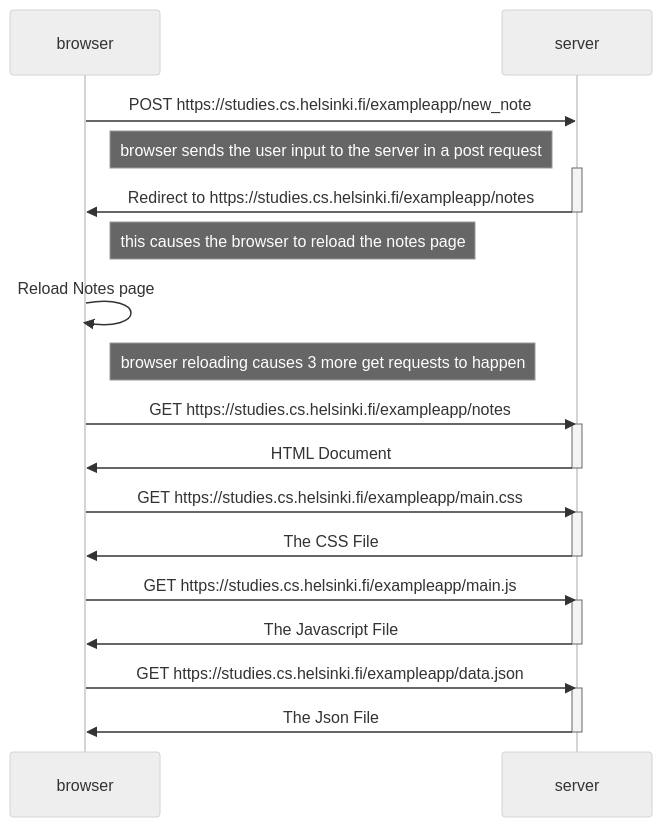
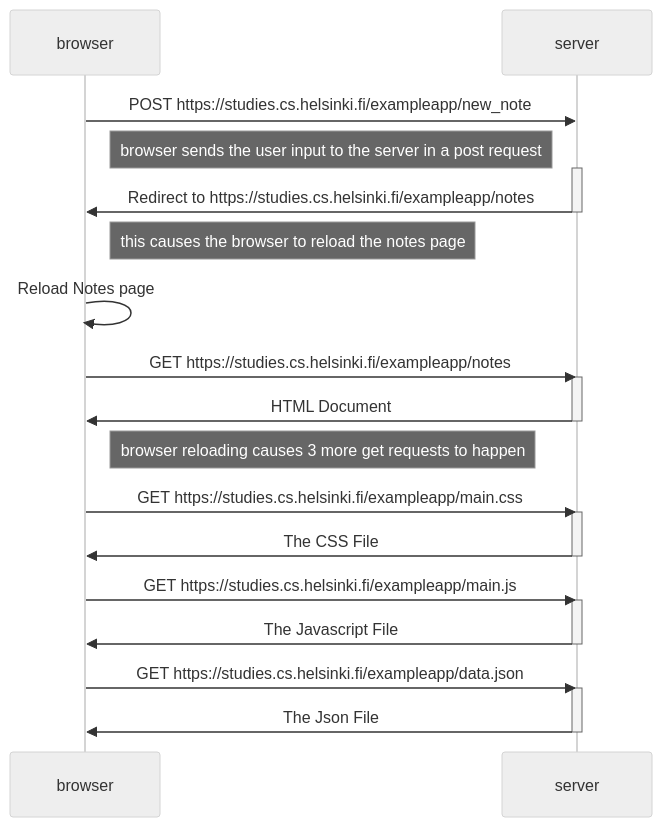
Before and after one commit to xValenciax/FullStackOpenCourse: the diagram in part0/Exercise0.4/sequenceDiagram.md, drawn with Mermaid (neutral theme). The commit also changed other lines of this file, not shown here.

Commit message:
modified the diagram

````diff
--- a/part0/Exercise0.4/sequenceDiagram.md
+++ b/part0/Exercise0.4/sequenceDiagram.md
@@ -1,37 +1,37 @@
 ```mermaid
     sequenceDiagram
         participant browser
         participant server
 
         browser->>server: POST https://studies.cs.helsinki.fi/exampleapp/new_note
         Note right of browser: browser sends the user input to the server in a post request
         activate server
         server->>browser: Redirect to https://studies.cs.helsinki.fi/exampleapp/notes
         deactivate server
 
         Note right of browser: this causes the browser to reload the notes page
 
         browser->>browser: Reload Notes page
 
-        Note right of browser: browser reloading causes 3 more get requests to happen
-
         browser->>server: GET https://studies.cs.helsinki.fi/exampleapp/notes
         activate server
         server->>browser: HTML Document
         deactivate server
+
+        Note right of browser: browser reloading causes 3 more get requests to happen
 
         browser->>server: GET https://studies.cs.helsinki.fi/exampleapp/main.css
         activate server
         server->>browser: The CSS File
         deactivate server
 
         browser->>server: GET https://studies.cs.helsinki.fi/exampleapp/main.js
         activate server
         server->>browser: The Javascript File
         deactivate server
 
         browser->>server: GET https://studies.cs.helsinki.fi/exampleapp/data.json
         activate server
         server->>browser: The Json File
         deactivate server
 ```
````
